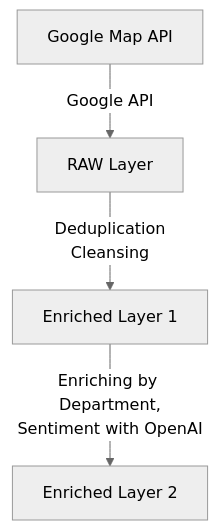
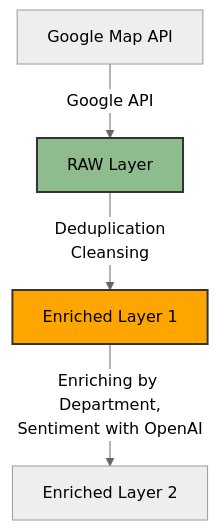
Before and after one commit to 4iurchenko/ReviseCareAI: the diagram in README.md, drawn with Mermaid (neutral theme).

````diff
--- a/README.md
+++ b/README.md
@@ -22,6 +22,9 @@
 ```mermaid
 graph TD
     A[Google Map API] --Google API--> B[RAW Layer]
     B --Deduplication<br>Cleansing<br>--> C[Enriched Layer 1]
     C --Enriching by Department,<br>Sentiment with OpenAI-->D[Enriched Layer 2]
+
+    style B fill:#8FBC8F,stroke:#333,stroke-width:2px
+    style C fill:#FFA500,stroke:#333,stroke-width:2px
 ```
````
